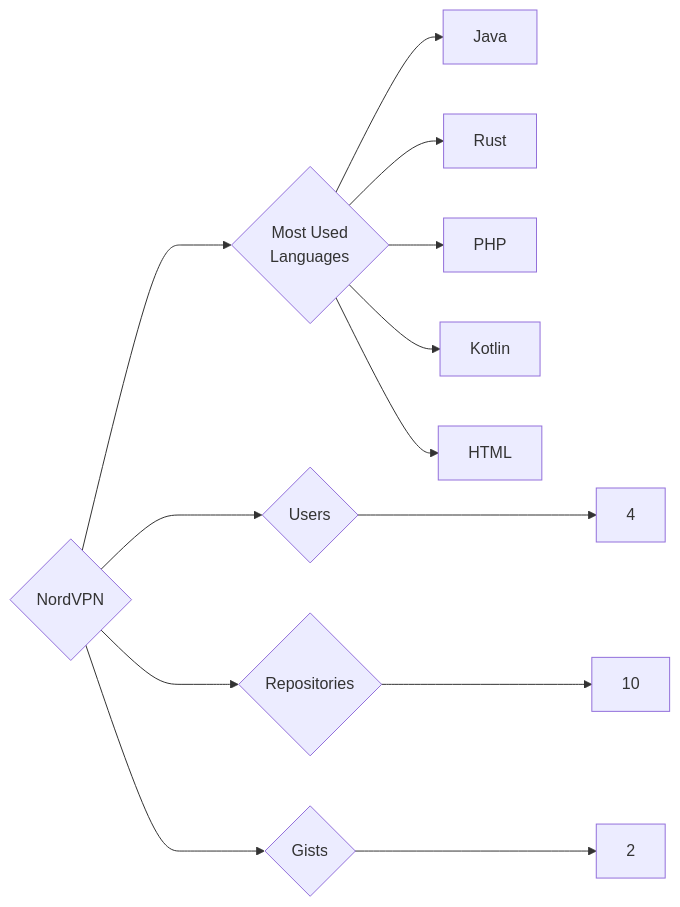
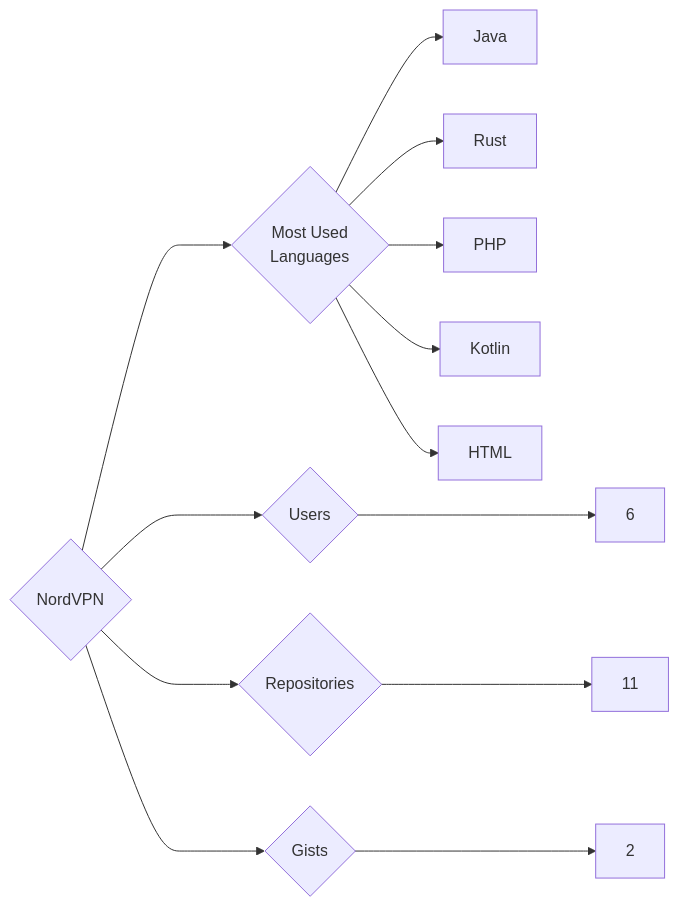
One commit to trickest/insiders changed the diagram in targets/NordVPN/README.md. Above: the diagram before and after it, drawn with Mermaid. The commit also changed 597 other files, not shown here.

````diff
--- a/targets/NordVPN/README.md
+++ b/targets/NordVPN/README.md
@@ -3,13 +3,13 @@
 ```mermaid
 graph LR
 COMPANY_NAME{NordVPN}
-COMPANY_NAME ---> U{Users} ---> UN[4]
-COMPANY_NAME ---> R{Repositories} ---> RN[10]
+COMPANY_NAME ---> U{Users} ---> UN[6]
+COMPANY_NAME ---> R{Repositories} ---> RN[11]
 COMPANY_NAME ---> G{Gists} ---> GN[2]
 COMPANY_NAME ---> ML{Most Used<br>Languages}
 ML --> Java[Java]
 ML --> Rust[Rust]
 ML --> PHP[PHP]
 ML --> Kotlin[Kotlin]
 ML --> HTML[HTML]
 ```
````
